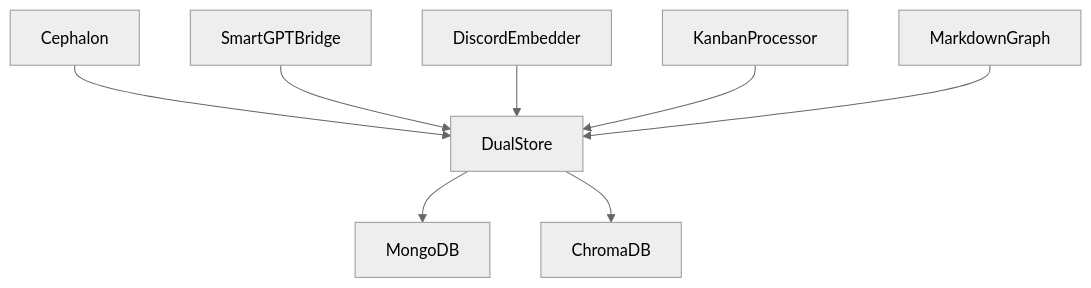
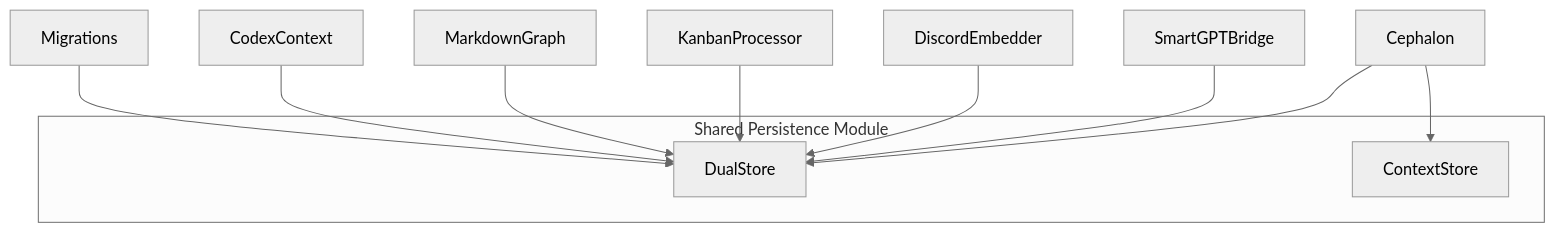
One commit to octave-commons/promethean changed the second of 3 diagrams in docs/reports/persistence-dependency-graph.md. Above: the diagram before and after it, drawn with Mermaid (neutral theme). The commit also changed other lines of this file and 150 other files, not shown here.

````diff
--- a/docs/reports/persistence-dependency-graph.md
+++ b/docs/reports/persistence-dependency-graph.md
@@ -14,10 +29,16 @@
 ```mermaid
 graph TD
+    subgraph SharedPersistence[Shared Persistence Module]
+        DualStore
+        ContextStore
+    end
+
     Cephalon --> DualStore
+    Cephalon --> ContextStore
     SmartGPTBridge --> DualStore
     DiscordEmbedder --> DualStore
     KanbanProcessor --> DualStore
     MarkdownGraph --> DualStore
-    DualStore --> MongoDB
-    DualStore --> ChromaDB
+    CodexContext --> DualStore
+    Migrations --> DualStore
 ```
````
